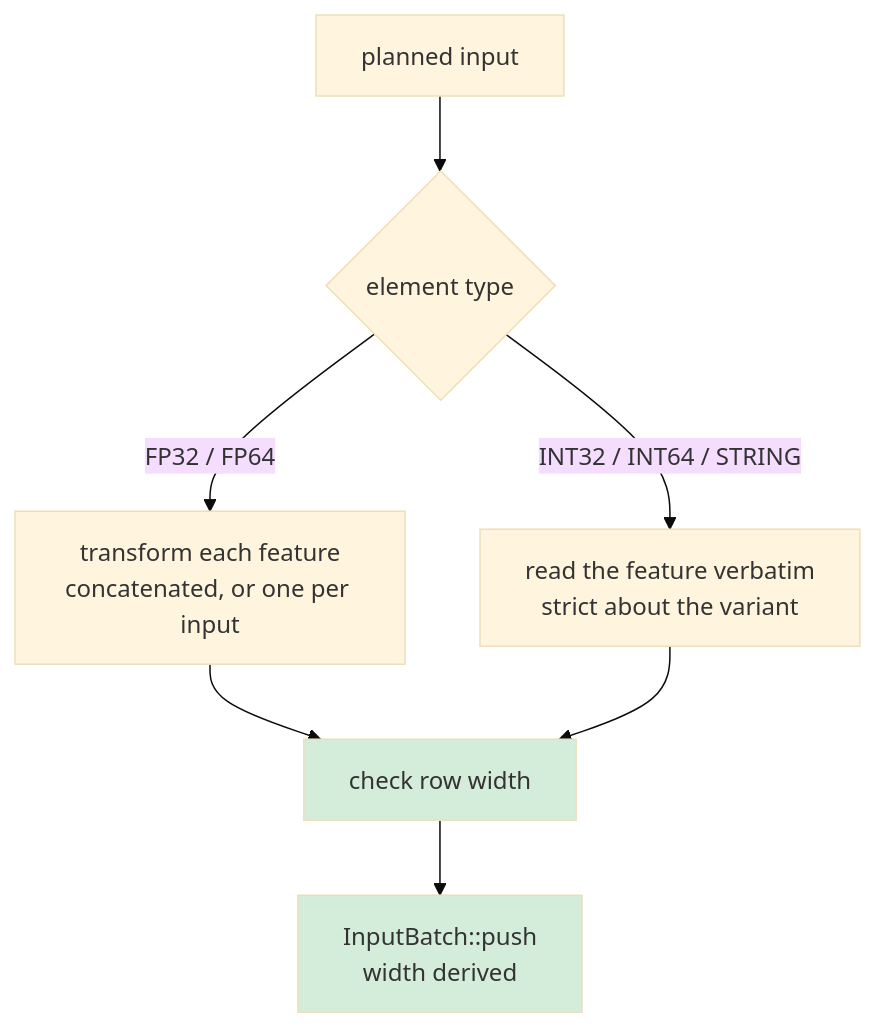
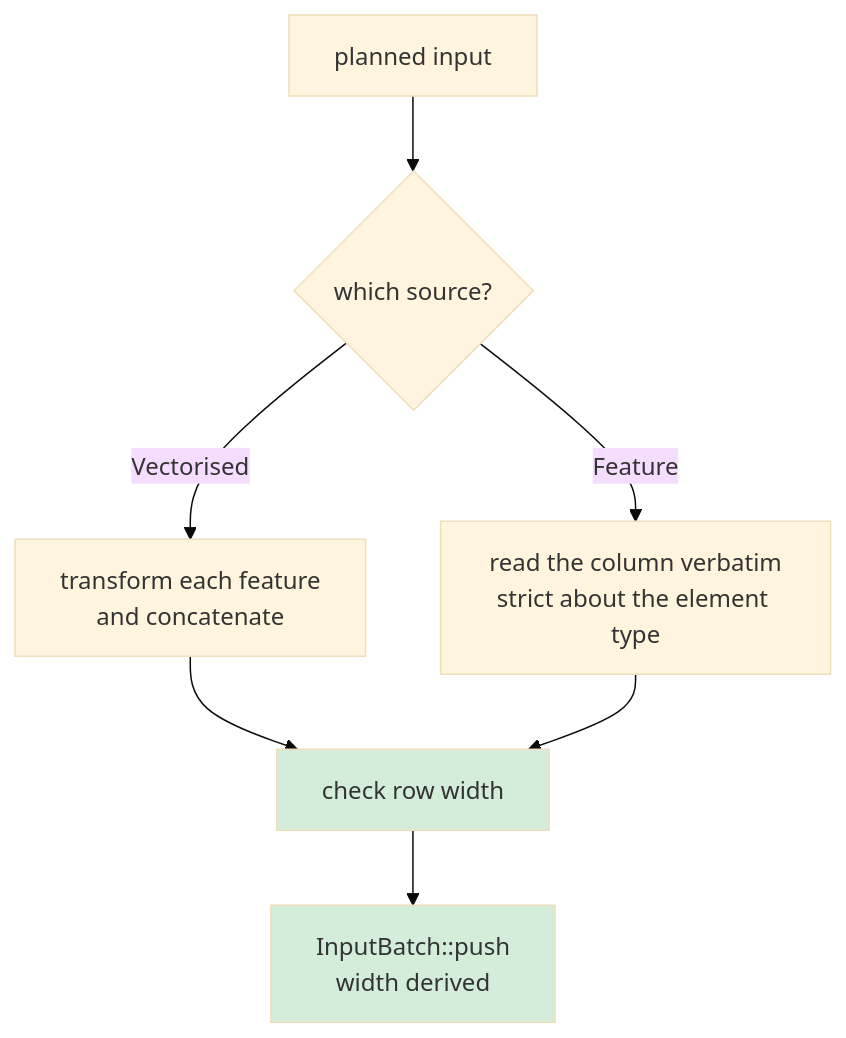
The fourth of 6 diagrams in documentation/request-walkthrough.md (PratikBarhate/hushar), drawn with Mermaid (base theme) before and after one commit. The commit also changed other lines of this file and 72 other files, not shown here.

````diff
--- a/documentation/request-walkthrough.md
+++ b/documentation/request-walkthrough.md
@@ -174,11 +177,11 @@
 ```mermaid
 flowchart TB
-  b["planned input"] --> s{"element type"}
-  s -->|"FP32 / FP64"| f["transform each feature<br/>concatenated, or one per input"]
-  s -->|"INT32 / INT64 / STRING"| p["read the feature verbatim<br/>strict about the variant"]
+  b["planned input"] --> s{"which source?"}
+  s -->|"Vectorised"| f["transform each feature<br/>and concatenate"]
+  s -->|"Feature"| p["read the column verbatim<br/>strict about the element type"]
   f --> t["check row width"]
   p --> t
   t --> ts["InputBatch::push<br/>width derived"]
   style t fill:#d4edda
   style ts fill:#d4edda
 ```
````
